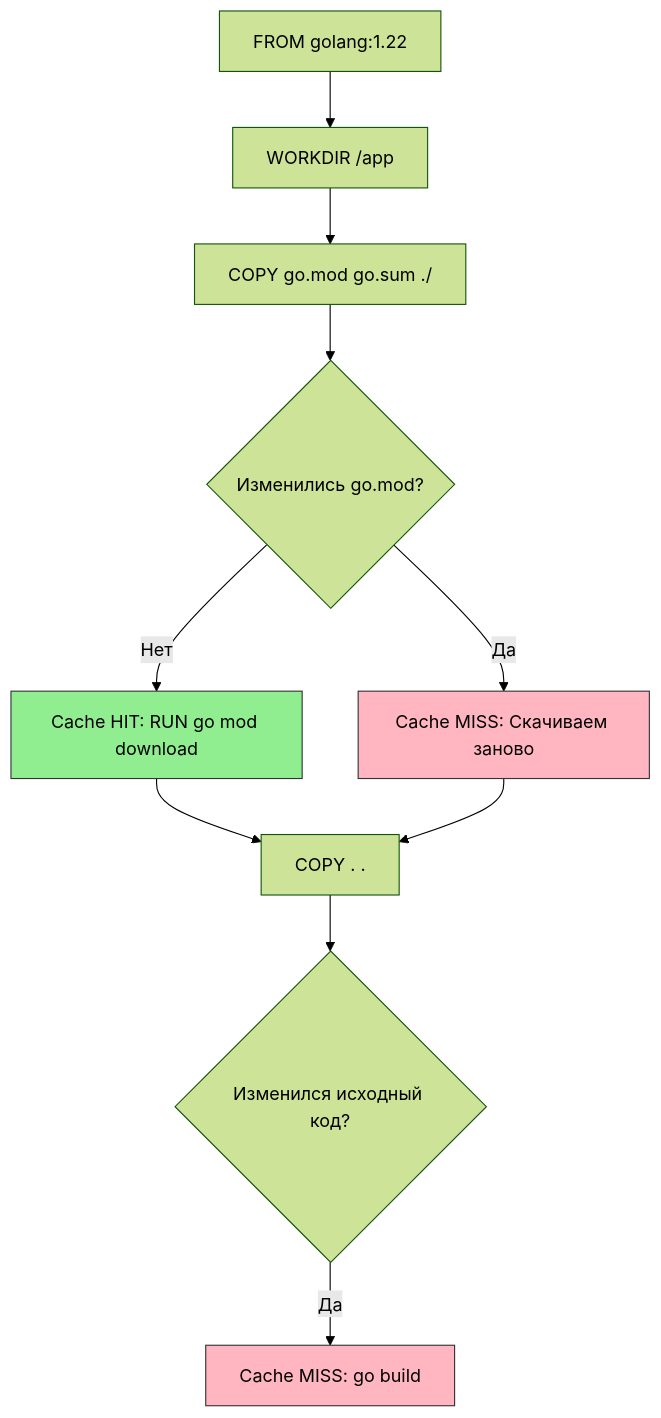
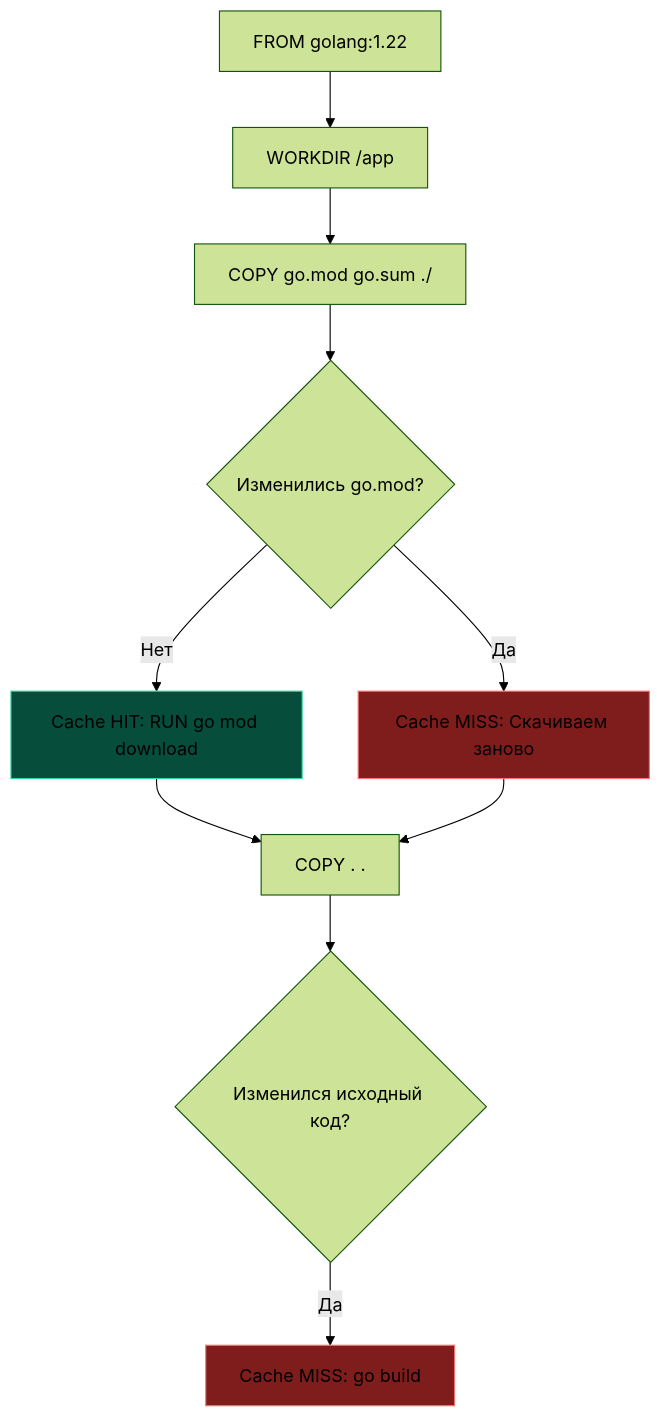
Before and after one commit to UnrealTemplier/go-textbook: the diagram in sources/8. Инфраструктура языка, Тулинг и CI_CD/25. Кэширование сборки Docker.md, drawn with Mermaid (forest theme). The commit also changed 310 other files, not shown here.

First line of the commit message:
fix(mermaid): replace light fill colors with dark palette for readability on dark theme

````diff
--- a/sources/8. Инфраструктура языка, Тулинг и CI_CD/25. Кэширование сборки Docker.md
+++ b/sources/8. Инфраструктура языка, Тулинг и CI_CD/25. Кэширование сборки Docker.md
@@ -17,19 +17,19 @@
 ```mermaid
 flowchart TD
     A["FROM golang:1.22"] --> B["WORKDIR /app"]
     B --> C["COPY go.mod go.sum ./"]
     C --> D{"Изменились go.mod?"}
     
     D -- "Нет" --> E["Cache HIT: RUN go mod download"]
     D -- "Да" --> F["Cache MISS: Скачиваем заново"]
     
     E --> G["COPY . ."]
     F --> G
     
     G --> H{"Изменился исходный код?"}
     H -- "Да" --> I["Cache MISS: go build"]
     
-    style E fill:#90EE90,stroke:#333,color:#000
-    style F fill:#FFB6C1,stroke:#333,color:#000
-    style I fill:#FFB6C1,stroke:#333,color:#000
+    style E fill:#064e3b,stroke:#34d399,color:#000
+    style F fill:#7f1d1d,stroke:#f87171,color:#000
+    style I fill:#7f1d1d,stroke:#f87171,color:#000
 ```
````
